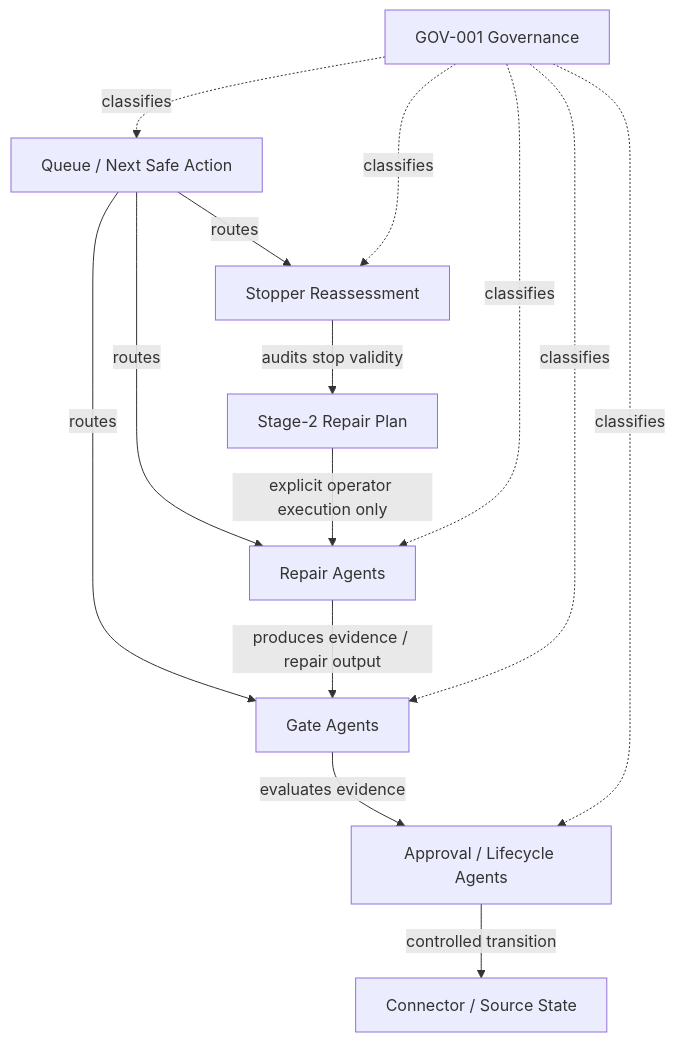
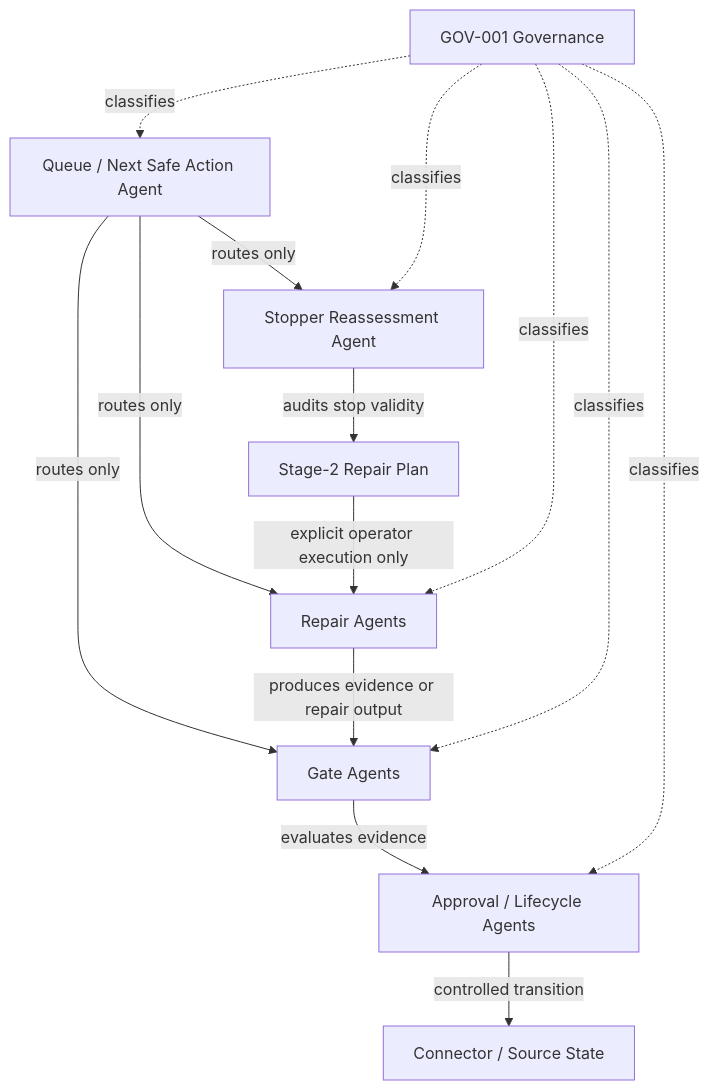
One commit to jenshaberle-dotcom/job-application-pipeline changed the fourth of 6 diagrams in docs/architecture/system_diagrams.md. Above: the diagram before and after it, drawn with Mermaid. The commit also changed other lines of this file and 11 other files, not shown here.

Commit message:
Consolidate architecture documentation and diagrams (#194)

````diff
--- a/docs/architecture/system_diagrams.md
+++ b/docs/architecture/system_diagrams.md
@@ -57,19 +102,25 @@
 ```mermaid
 flowchart TB
-    Q[Queue / Next Safe Action] -->|routes| S[Stopper Reassessment]
-    Q -->|routes| R[Repair Agents]
-    Q -->|routes| G[Gate Agents]
+    Q[Queue / Next Safe Action Agent]
+    S[Stopper Reassessment Agent]
+    R[Repair Agents]
+    G[Gate Agents]
+    A[Approval / Lifecycle Agents]
+    C[Connector / Source State]
+    GOV[GOV-001 Governance]
 
+    Q -->|routes only| S
+    Q -->|routes only| R
+    Q -->|routes only| G
     S -->|audits stop validity| P[Stage-2 Repair Plan]
     P -->|explicit operator execution only| R
+    R -->|produces evidence or repair output| G
+    G -->|evaluates evidence| A
+    A -->|controlled transition| C
 
-    R -->|produces evidence / repair output| G
-    G -->|evaluates evidence| A[Approval / Lifecycle Agents]
-    A -->|controlled transition| C[Connector / Source State]
-
-    GOV[GOV-001 Governance] -.classifies.-> Q
+    GOV -.classifies.-> Q
     GOV -.classifies.-> S
     GOV -.classifies.-> R
     GOV -.classifies.-> G
     GOV -.classifies.-> A
 ```
````
